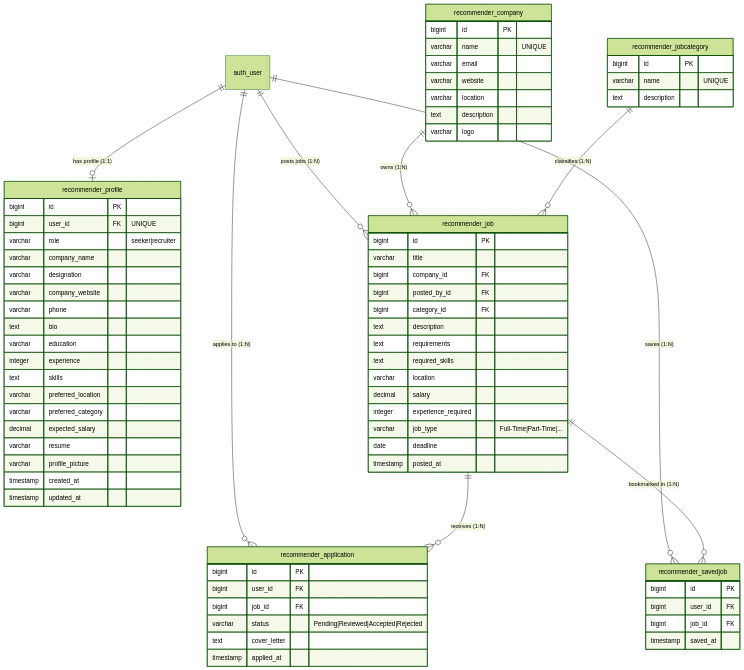
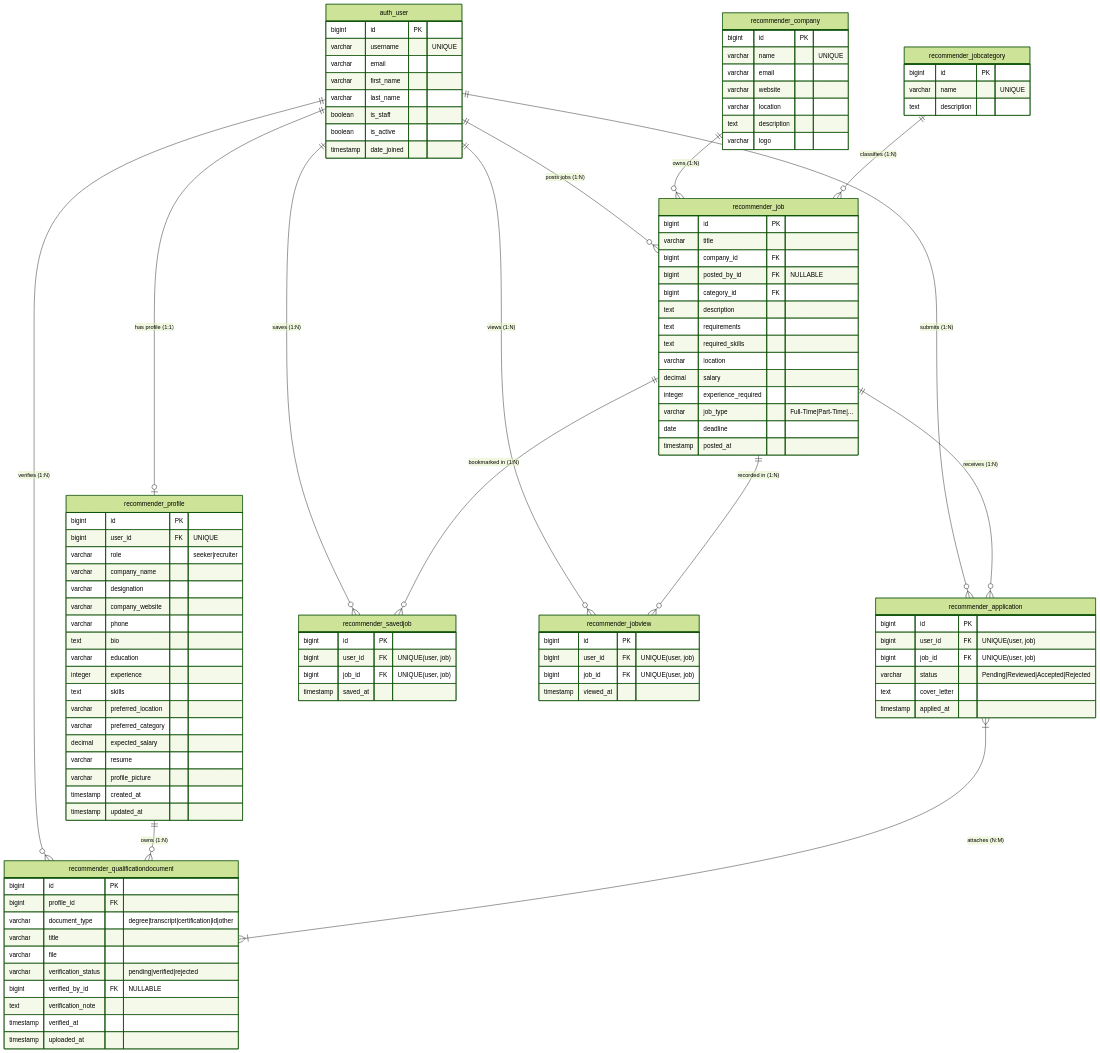
Before and after one commit to edinah12/GroupH-day-job-recommendation-engine: the diagram in database_design.md, drawn with Mermaid (forest theme). The commit also changed 3 other files, not shown here.

````diff
--- a/database_design.md
+++ b/database_design.md
@@ -13,14 +13,32 @@
 erDiagram
     auth_user ||--o| recommender_profile : "has profile (1:1)"
     auth_user ||--o{ recommender_job : "posts jobs (1:N)"
-    auth_user ||--o{ recommender_application : "applies to (1:N)"
+    auth_user ||--o{ recommender_application : "submits (1:N)"
     auth_user ||--o{ recommender_savedjob : "saves (1:N)"
+    auth_user ||--o{ recommender_jobview : "views (1:N)"
+    auth_user ||--o{ recommender_qualificationdocument : "verifies (1:N)"
+
+    recommender_profile ||--o{ recommender_qualificationdocument : "owns (1:N)"
 
     recommender_company ||--o{ recommender_job : "owns (1:N)"
     recommender_jobcategory ||--o{ recommender_job : "classifies (1:N)"
 
     recommender_job ||--o{ recommender_application : "receives (1:N)"
     recommender_job ||--o{ recommender_savedjob : "bookmarked in (1:N)"
+    recommender_job ||--o{ recommender_jobview : "recorded in (1:N)"
+
+    recommender_application }|--|{ recommender_qualificationdocument : "attaches (N:M)"
+
+    auth_user {
+        bigint id PK
+        varchar username "UNIQUE"
+        varchar email
+        varchar first_name
+        varchar last_name
+        boolean is_staff
+        boolean is_active
+        timestamp date_joined
+    }
 
     recommender_profile {
         bigint id PK
@@ -63,7 +81,7 @@
         bigint id PK
         varchar title
         bigint company_id FK
-        bigint posted_by_id FK
+        bigint posted_by_id FK "NULLABLE"
         bigint category_id FK
         text description
         text requirements
@@ -78,8 +96,8 @@
 
     recommender_application {
         bigint id PK
-        bigint user_id FK
-        bigint job_id FK
+        bigint user_id FK "UNIQUE(user, job)"
+        bigint job_id FK "UNIQUE(user, job)"
         varchar status "Pending|Reviewed|Accepted|Rejected"
         text cover_letter
         timestamp applied_at
@@ -87,8 +105,28 @@
 
     recommender_savedjob {
         bigint id PK
-        bigint user_id FK
-        bigint job_id FK
+        bigint user_id FK "UNIQUE(user, job)"
+        bigint job_id FK "UNIQUE(user, job)"
         timestamp saved_at
     }
+
+    recommender_jobview {
+        bigint id PK
+        bigint user_id FK "UNIQUE(user, job)"
+        bigint job_id FK "UNIQUE(user, job)"
+        timestamp viewed_at
+    }
+
+    recommender_qualificationdocument {
+        bigint id PK
+        bigint profile_id FK
+        varchar document_type "degree|transcript|certification|id|other"
+        varchar title
+        varchar file
+        varchar verification_status "pending|verified|rejected"
+        bigint verified_by_id FK "NULLABLE"
+        text verification_note
+        timestamp verified_at
+        timestamp uploaded_at
+    }
 ```
````
